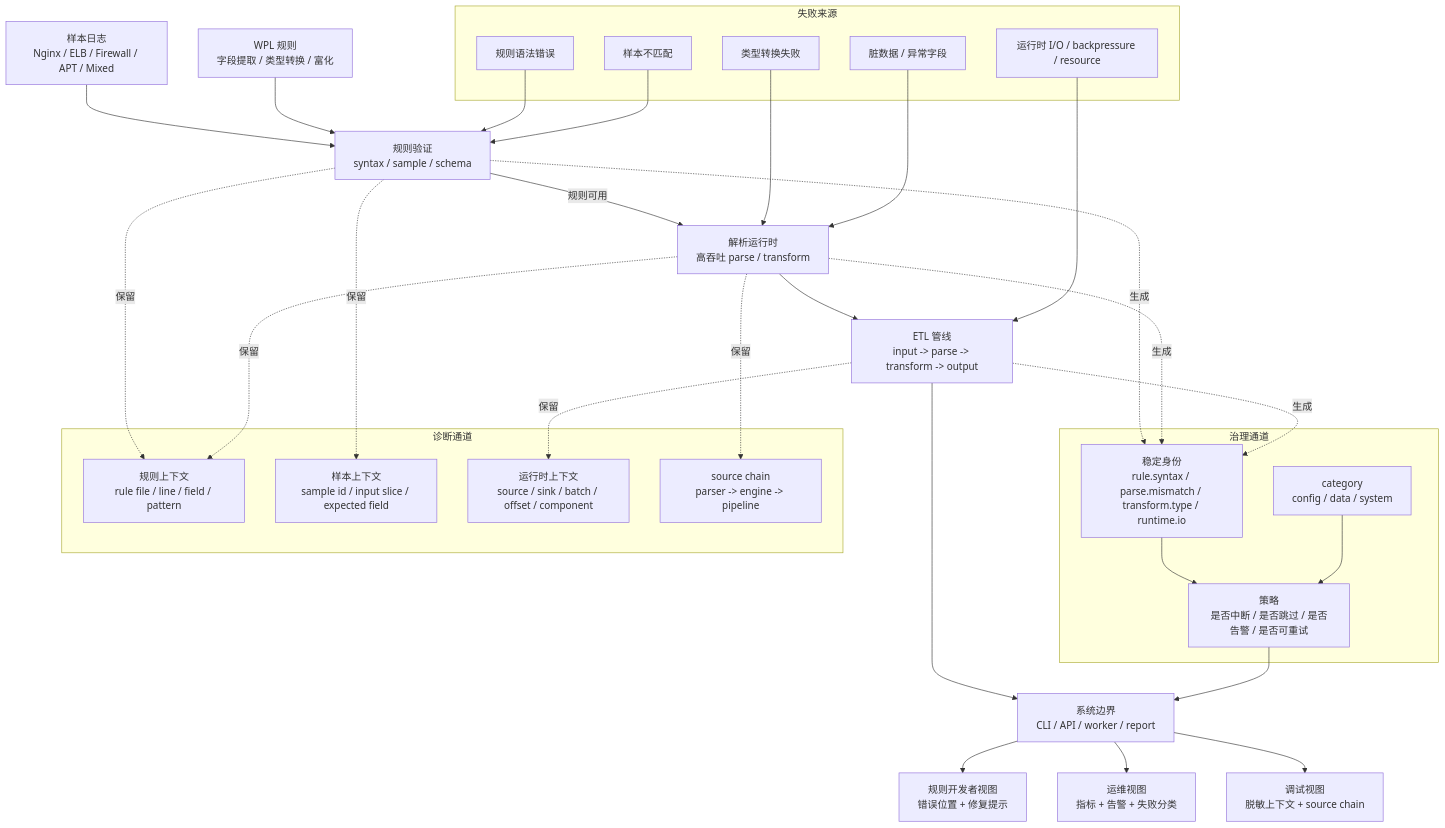
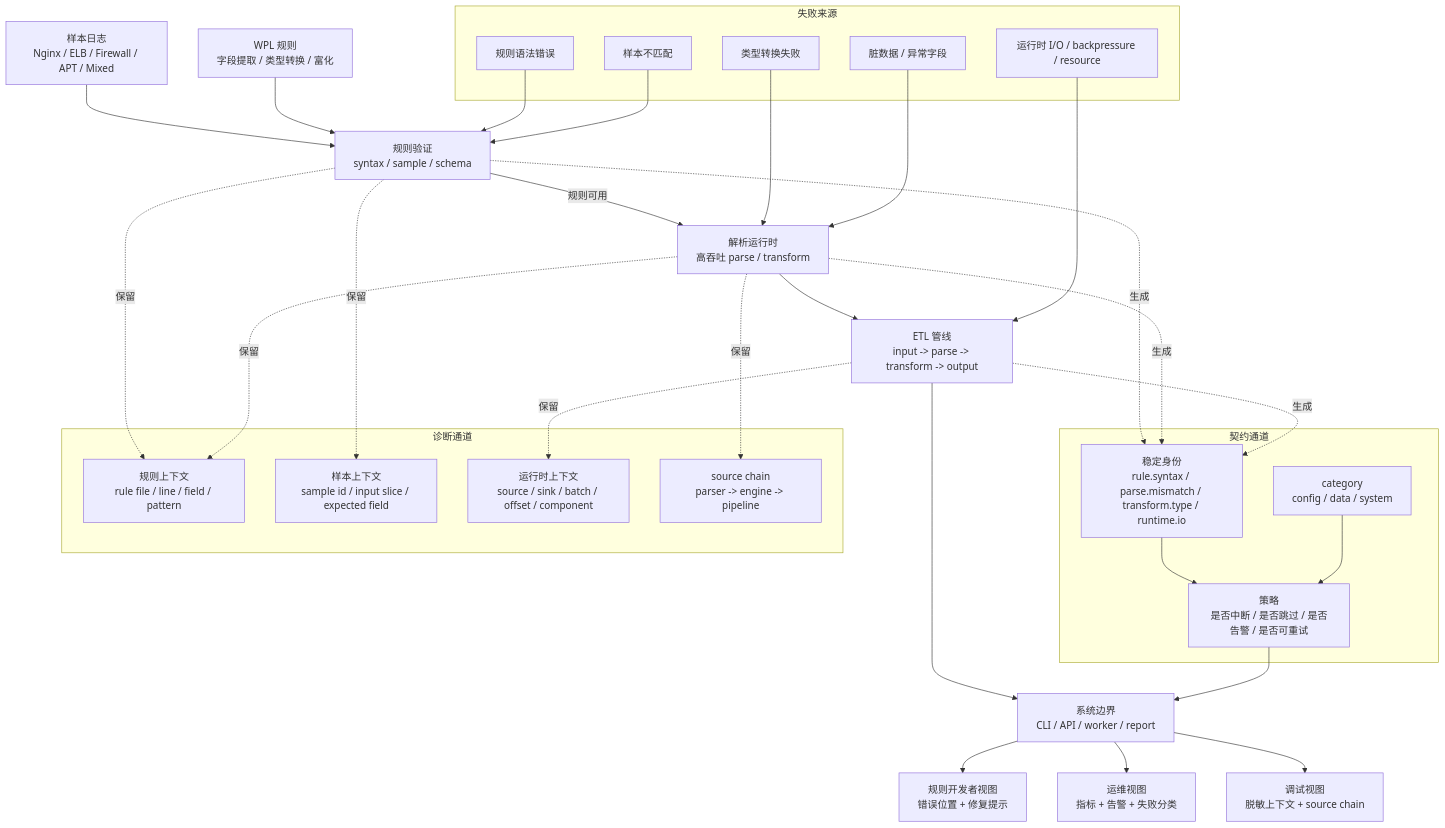
Before and after one commit to galaxio-labs/orion-error: the second of 2 diagrams in docs/zh/src/user/manifesto.md, drawn with Mermaid. The commit also changed other lines of this file and 2 other files, not shown here.

````diff
--- a/docs/zh/src/user/manifesto.md
+++ b/docs/zh/src/user/manifesto.md
@@ -966,60 +1097,60 @@
 ```mermaid
 flowchart TB
     sample["样本日志<br/>Nginx / ELB / Firewall / APT / Mixed"]
     rule["WPL 规则<br/>字段提取 / 类型转换 / 富化"]
     check["规则验证<br/>syntax / sample / schema"]
     engine["解析运行时<br/>高吞吐 parse / transform"]
     pipeline["ETL 管线<br/>input -> parse -> transform -> output"]
     boundary["系统边界<br/>CLI / API / worker / report"]
 
     sample --> check
     rule --> check
     check -->|"规则可用"| engine
     engine --> pipeline
     pipeline --> boundary
 
     subgraph failure["失败来源"]
         syntax["规则语法错误"]
         mismatch["样本不匹配"]
         typeerr["类型转换失败"]
         dirty["脏数据 / 异常字段"]
         runtime["运行时 I/O / backpressure / resource"]
     end
 
     syntax --> check
     mismatch --> check
     typeerr --> engine
     dirty --> engine
     runtime --> pipeline
 
-    subgraph governance_wp["治理通道"]
+    subgraph governance_wp["契约通道"]
         wp_identity["稳定身份<br/>rule.syntax / parse.mismatch / transform.type / runtime.io"]
         wp_category["category<br/>config / data / system"]
         wp_policy["策略<br/>是否中断 / 是否跳过 / 是否告警 / 是否可重试"]
     end
 
     subgraph diagnostic_wp["诊断通道"]
         wp_rule_ctx["规则上下文<br/>rule file / line / field / pattern"]
         wp_sample_ctx["样本上下文<br/>sample id / input slice / expected field"]
         wp_runtime_ctx["运行时上下文<br/>source / sink / batch / offset / component"]
         wp_source["source chain<br/>parser -> engine -> pipeline"]
     end
 
     check -.生成.-> wp_identity
     engine -.生成.-> wp_identity
     pipeline -.生成.-> wp_identity
 
     check -.保留.-> wp_rule_ctx
     check -.保留.-> wp_sample_ctx
     engine -.保留.-> wp_rule_ctx
     engine -.保留.-> wp_source
     pipeline -.保留.-> wp_runtime_ctx
 
     wp_identity --> wp_policy
     wp_category --> wp_policy
     wp_policy --> boundary
 
     boundary --> user_view["规则开发者视图<br/>错误位置 + 修复提示"]
     boundary --> ops_view["运维视图<br/>指标 + 告警 + 失败分类"]
     boundary --> debug_view["调试视图<br/>脱敏上下文 + source chain"]
 ```
````
